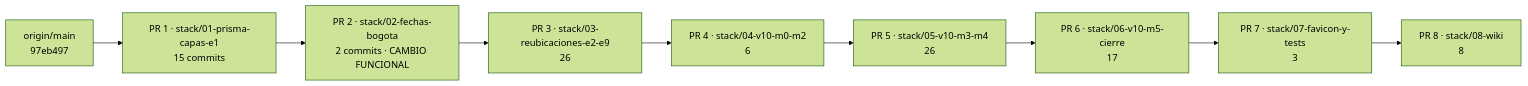
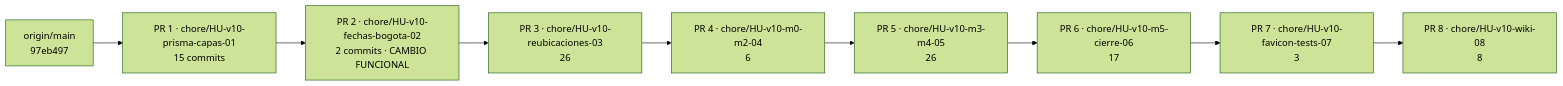
Before and after one commit to NexusThrive/nexus-thrive: the diagram in docs/internal/informe-pila-de-prs.md, drawn with Mermaid (forest theme). The commit also changed other lines of this file and 10 other files, not shown here.

````diff
--- a/docs/internal/informe-pila-de-prs.md
+++ b/docs/internal/informe-pila-de-prs.md
@@ -7,11 +7,11 @@
 ```mermaid
 flowchart LR
-  main["origin/main<br/>97eb497"] --> P1["PR 1 · stack/01-prisma-capas-e1<br/>15 commits"]
-  P1 --> P2["PR 2 · stack/02-fechas-bogota<br/>2 commits · CAMBIO FUNCIONAL"]
-  P2 --> P3["PR 3 · stack/03-reubicaciones-e2-e9<br/>26"]
-  P3 --> P4["PR 4 · stack/04-v10-m0-m2<br/>6"]
-  P4 --> P5["PR 5 · stack/05-v10-m3-m4<br/>26"]
-  P5 --> P6["PR 6 · stack/06-v10-m5-cierre<br/>17"]
-  P6 --> P7["PR 7 · stack/07-favicon-y-tests<br/>3"]
-  P7 --> P8["PR 8 · stack/08-wiki<br/>8"]
+  main["origin/main<br/>97eb497"] --> P1["PR 1 · chore/HU-v10-prisma-capas-01<br/>15 commits"]
+  P1 --> P2["PR 2 · chore/HU-v10-fechas-bogota-02<br/>2 commits · CAMBIO FUNCIONAL"]
+  P2 --> P3["PR 3 · chore/HU-v10-reubicaciones-03<br/>26"]
+  P3 --> P4["PR 4 · chore/HU-v10-m0-m2-04<br/>6"]
+  P4 --> P5["PR 5 · chore/HU-v10-m3-m4-05<br/>26"]
+  P5 --> P6["PR 6 · chore/HU-v10-m5-cierre-06<br/>17"]
+  P6 --> P7["PR 7 · chore/HU-v10-favicon-tests-07<br/>3"]
+  P7 --> P8["PR 8 · chore/HU-v10-wiki-08<br/>8"]
 ```
````
